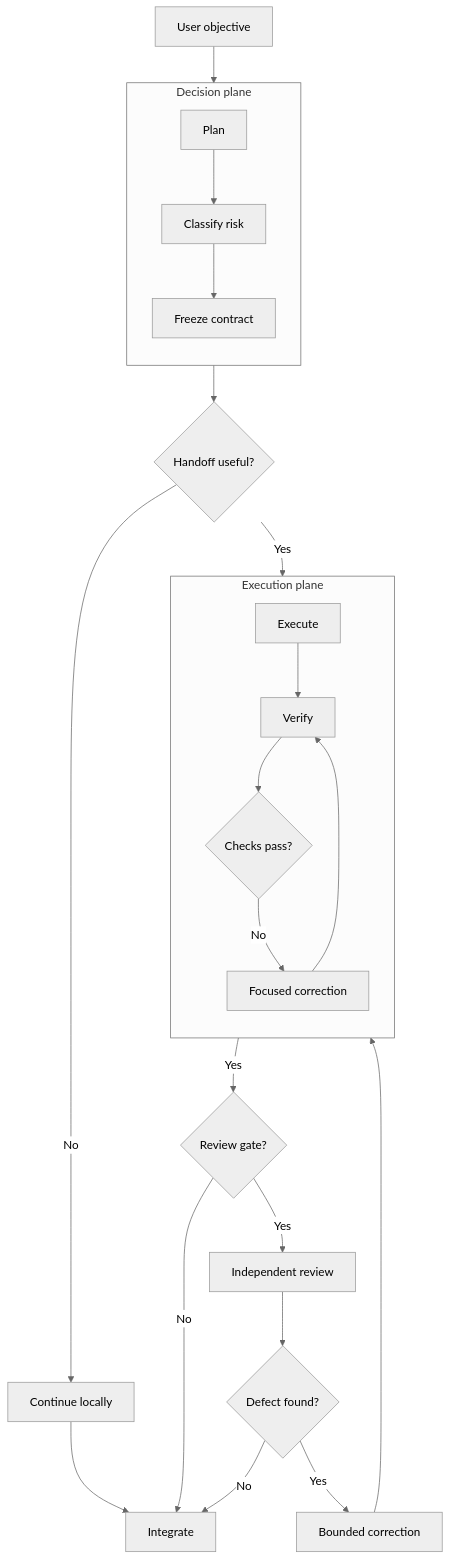
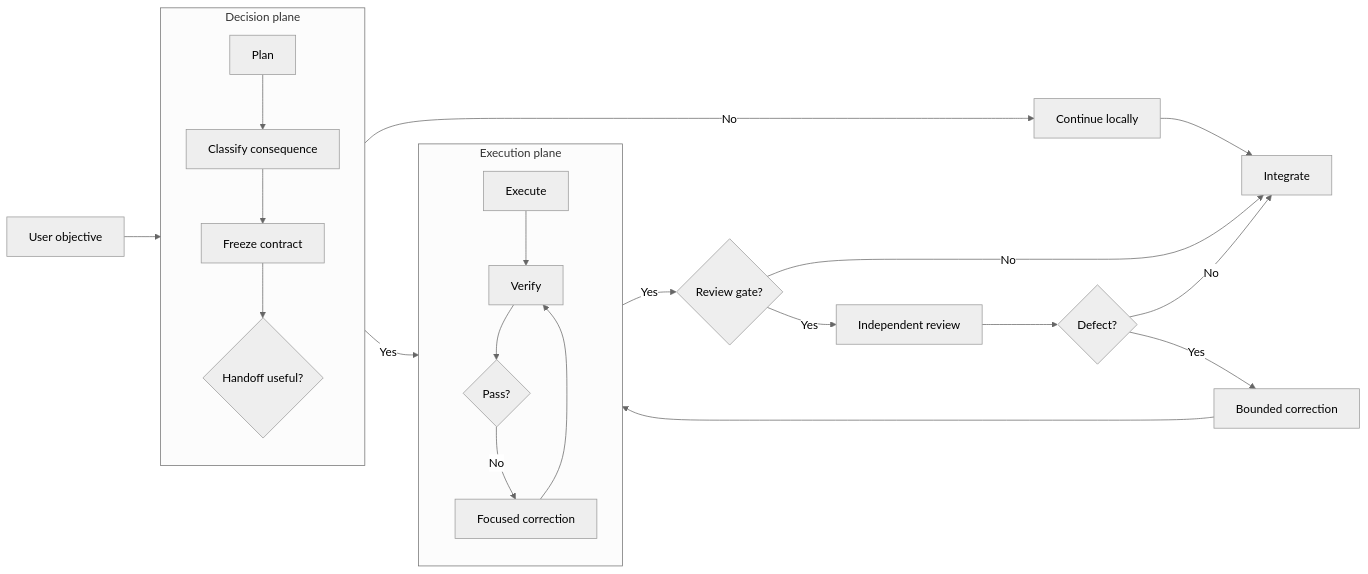
Before and after one commit to Strataward/durable-threads: the first of 2 diagrams in plugins/durable-threads/skills/durable-threads/references/ARCHITECTURE.md, drawn with Mermaid (neutral theme). The commit also changed other lines of this file and 13 other files, not shown here.

````diff
--- a/plugins/durable-threads/skills/durable-threads/references/ARCHITECTURE.md
+++ b/plugins/durable-threads/skills/durable-threads/references/ARCHITECTURE.md
@@ -24,31 +26,31 @@
 ```mermaid
-flowchart TB
-    U["User objective"] --> P
+flowchart LR
+    U["User objective"] --> DP
 
     subgraph DP["Decision plane"]
         direction TB
-        P["Plan"] --> R["Classify risk"]
+        P["Plan"] --> R["Classify consequence"]
         R --> C["Freeze contract"]
+        C --> H{"Handoff useful?"}
     end
 
-    C --> H{"Handoff useful?"}
     H -->|"No"| L["Continue locally"]
-    H -->|"Yes"| W
+    H -->|"Yes"| EP
 
     subgraph EP["Execution plane"]
         direction TB
         W["Execute"] --> V["Verify"]
-        V --> Q{"Checks pass?"}
+        V --> Q{"Pass?"}
         Q -->|"No"| F["Focused correction"]
         F --> V
     end
 
     Q -->|"Yes"| G{"Review gate?"}
     G -->|"No"| I["Integrate"]
     G -->|"Yes"| A["Independent review"]
-    A --> D{"Defect found?"}
+    A --> D{"Defect?"}
     D -->|"No"| I
     D -->|"Yes"| F2["Bounded correction"]
     F2 --> V
     L --> I
 ```
````
